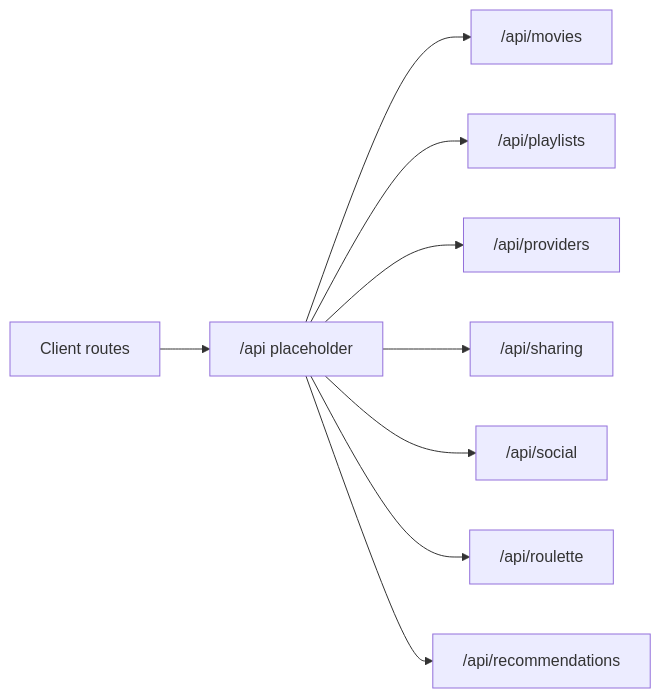
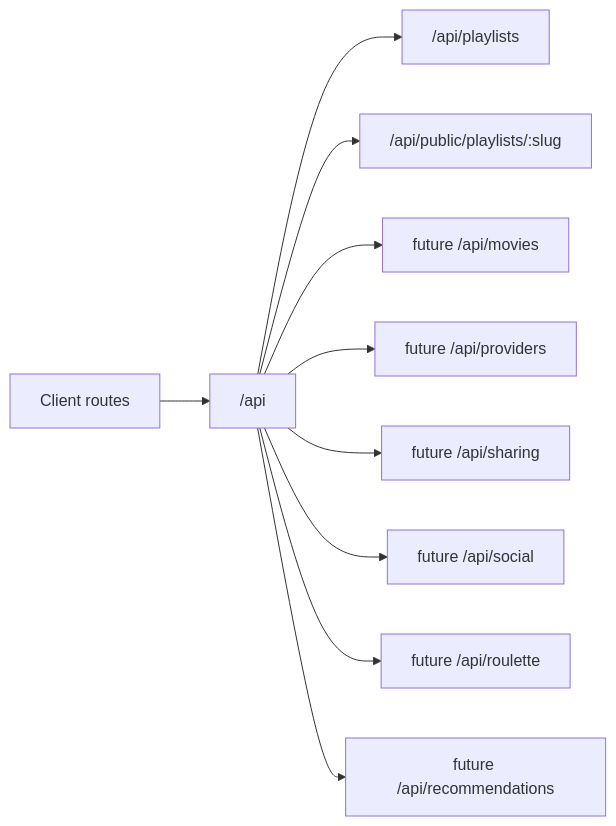
Before and after one commit to TerryFoster1/flim: the diagram in docs/api-design.md, drawn with Mermaid. The commit also changed other lines of this file and 16 other files, not shown here.

Commit message:
Add public playlist sharing with QR codes

````diff
--- a/docs/api-design.md
+++ b/docs/api-design.md
@@ -11,11 +11,12 @@
 ```mermaid
 flowchart LR
-  Client["Client routes"] --> API["/api placeholder"]
-  API --> Movies["/api/movies"]
+  Client["Client routes"] --> API["/api"]
   API --> Playlists["/api/playlists"]
-  API --> Providers["/api/providers"]
-  API --> Sharing["/api/sharing"]
-  API --> Social["/api/social"]
-  API --> Roulette["/api/roulette"]
-  API --> Recommendations["/api/recommendations"]
+  API --> PublicSharing["/api/public/playlists/:slug"]
+  API --> Movies["future /api/movies"]
+  API --> Providers["future /api/providers"]
+  API --> Sharing["future /api/sharing"]
+  API --> Social["future /api/social"]
+  API --> Roulette["future /api/roulette"]
+  API --> Recommendations["future /api/recommendations"]
 ```
````
